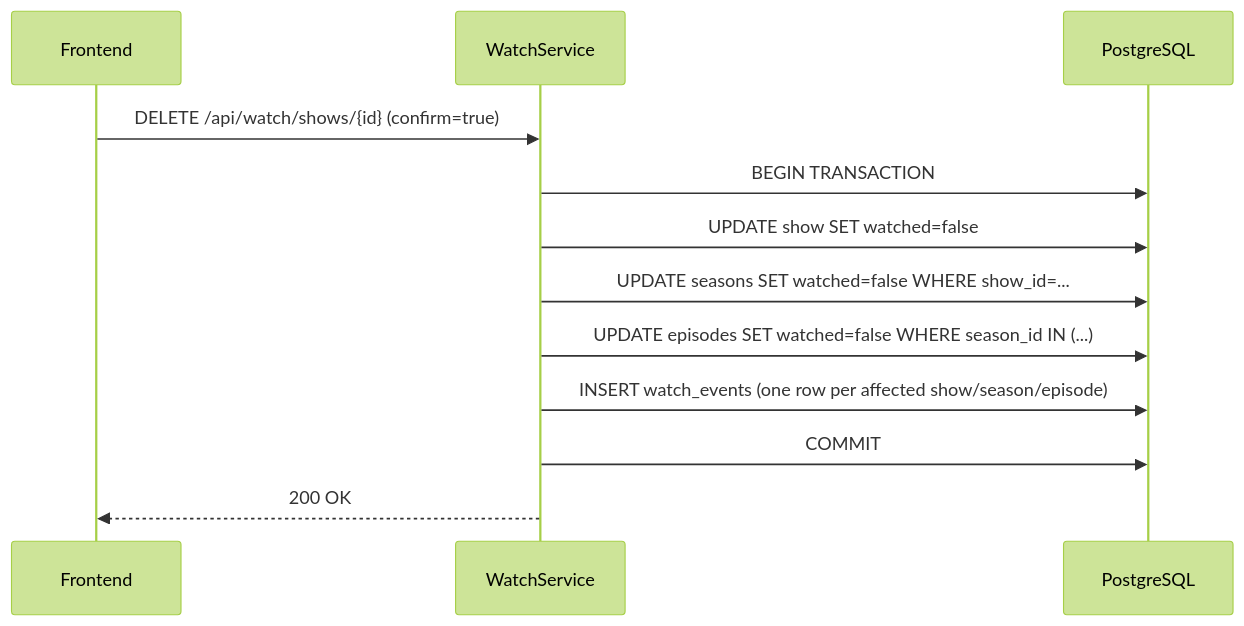
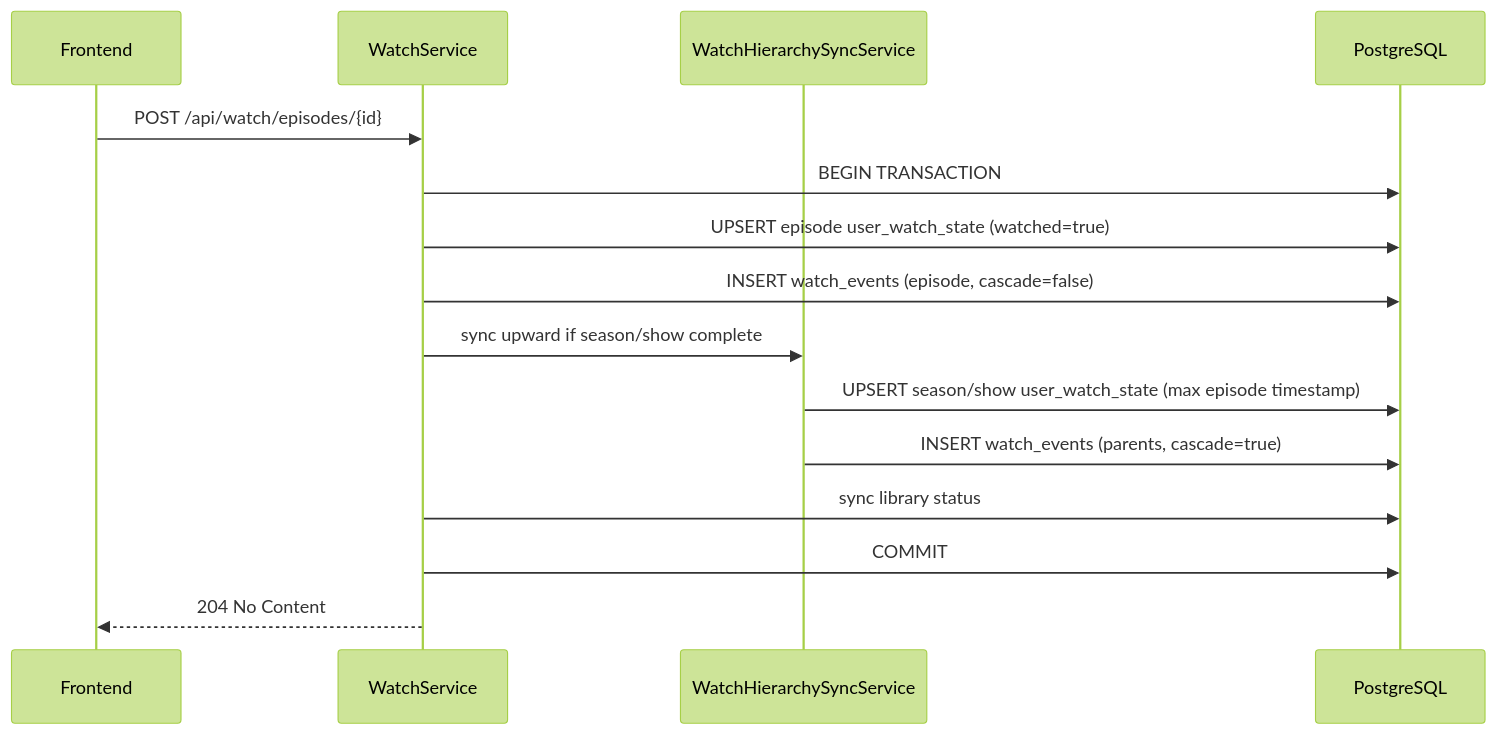
Before and after one commit to CaptainCluster/shogunate: the fourth of 4 diagrams in docs/ARCHITECTURE.md, drawn with Mermaid (forest theme). The commit also changed other lines of this file and 13 other files, not shown here.

First line of the commit message:
feat(watch): auto-mark season/show when all episodes watched

````diff
--- a/docs/ARCHITECTURE.md
+++ b/docs/ARCHITECTURE.md
@@ -263,15 +268,18 @@
 ```mermaid
 sequenceDiagram
     participant FE as Frontend
     participant WS as WatchService
+    participant HS as WatchHierarchySyncService
     participant DB as PostgreSQL
 
-    FE->>WS: DELETE /api/watch/shows/{id} (confirm=true)
+    FE->>WS: POST /api/watch/episodes/{id}
     WS->>DB: BEGIN TRANSACTION
-    WS->>DB: UPDATE show SET watched=false
-    WS->>DB: UPDATE seasons SET watched=false WHERE show_id=...
-    WS->>DB: UPDATE episodes SET watched=false WHERE season_id IN (...)
-    WS->>DB: INSERT watch_events (one row per affected show/season/episode)
+    WS->>DB: UPSERT episode user_watch_state (watched=true)
+    WS->>DB: INSERT watch_events (episode, cascade=false)
+    WS->>HS: sync upward if season/show complete
+    HS->>DB: UPSERT season/show user_watch_state (max episode timestamp)
+    HS->>DB: INSERT watch_events (parents, cascade=true)
+    WS->>DB: sync library status
     WS->>DB: COMMIT
-    WS-->>FE: 200 OK
+    WS-->>FE: 204 No Content
 ```
````
